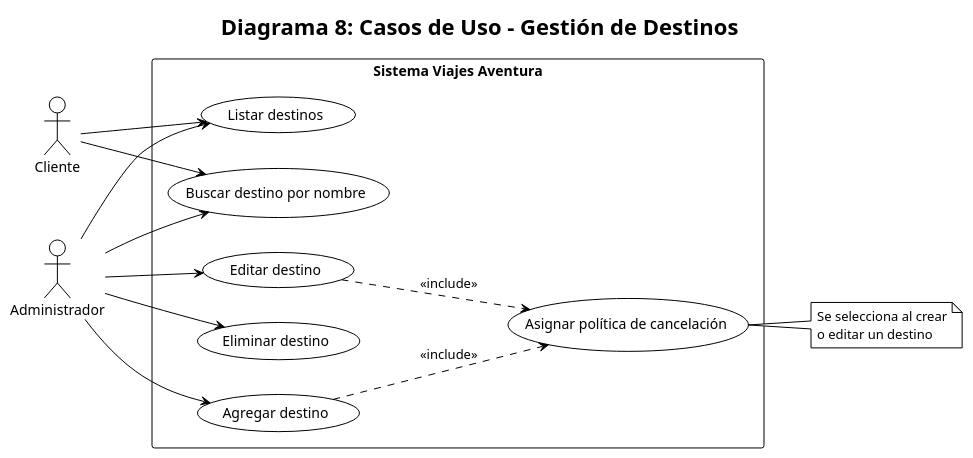
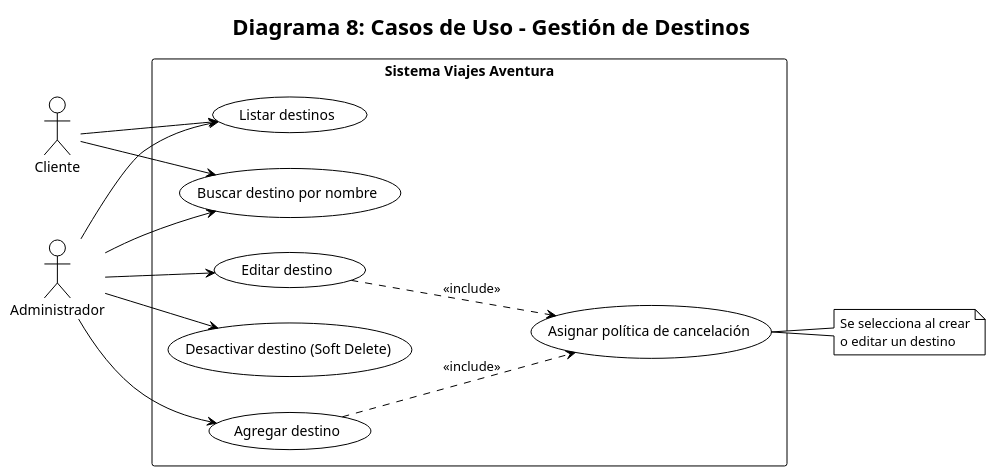
The diagram in docs/diagrama8_cu_destinos.puml (mjperez/ti3021-viajes-aventura), drawn with PlantUML before and after one commit. The commit also changed 23 other files, not shown here.

```diff
--- a/docs/diagrama8_cu_destinos.puml
+++ b/docs/diagrama8_cu_destinos.puml
@@ -1,35 +1,35 @@
 @startuml CU_Gestion_Destinos
 !theme plain
 left to right direction
 title Diagrama 8: Casos de Uso - Gestión de Destinos
 
 actor "Administrador" as admin
 actor "Cliente" as cliente
 
 rectangle "Sistema Viajes Aventura" {
     usecase "Listar destinos" as UC1
     usecase "Agregar destino" as UC2
     usecase "Editar destino" as UC3
-    usecase "Eliminar destino" as UC4
+    usecase "Desactivar destino (Soft Delete)" as UC4
     usecase "Buscar destino por nombre" as UC5
     usecase "Asignar política de cancelación" as UC6
 }
 
 admin --> UC1
 admin --> UC2
 admin --> UC3
 admin --> UC4
 admin --> UC5
 
 cliente --> UC1
 cliente --> UC5
 
 UC2 ..> UC6 : <<include>>
 UC3 ..> UC6 : <<include>>
 
 note right of UC6
   Se selecciona al crear
   o editar un destino
 end note
 
 @enduml
```
